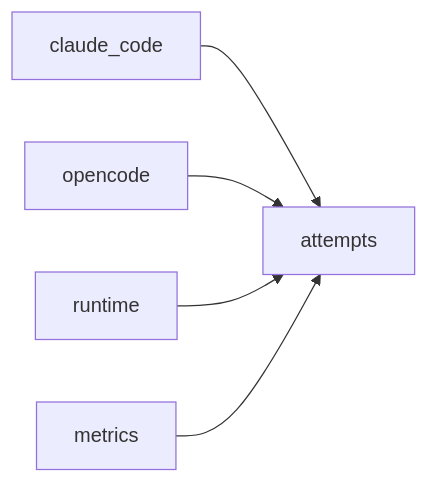
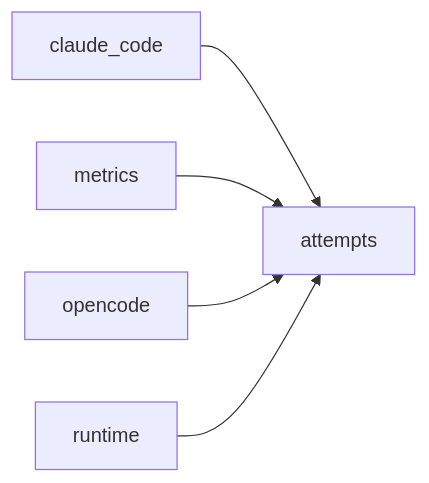
One commit to plaplanche/ariane changed the diagram in docs/architecture/modules/attempts.md. Above: the diagram before and after it, drawn with Mermaid. The commit also changed other lines of this file and 33 other files, not shown here.

Commit message:
#120: Generate the module dependency graphs of the architecture docs from the code (C25)

````diff
--- a/docs/architecture/modules/attempts.md
+++ b/docs/architecture/modules/attempts.md
@@ -15,7 +16,7 @@
 ```mermaid
 flowchart LR
   claude_code --> attempts
+  metrics --> attempts
   opencode --> attempts
   runtime --> attempts
-  metrics --> attempts
 ```
````
